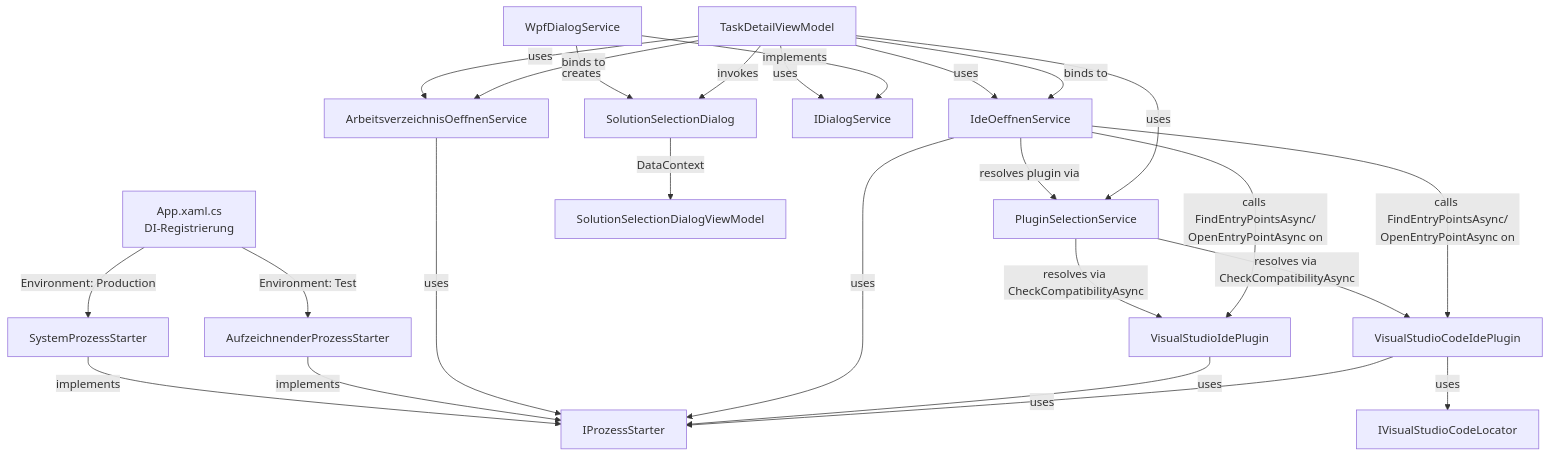
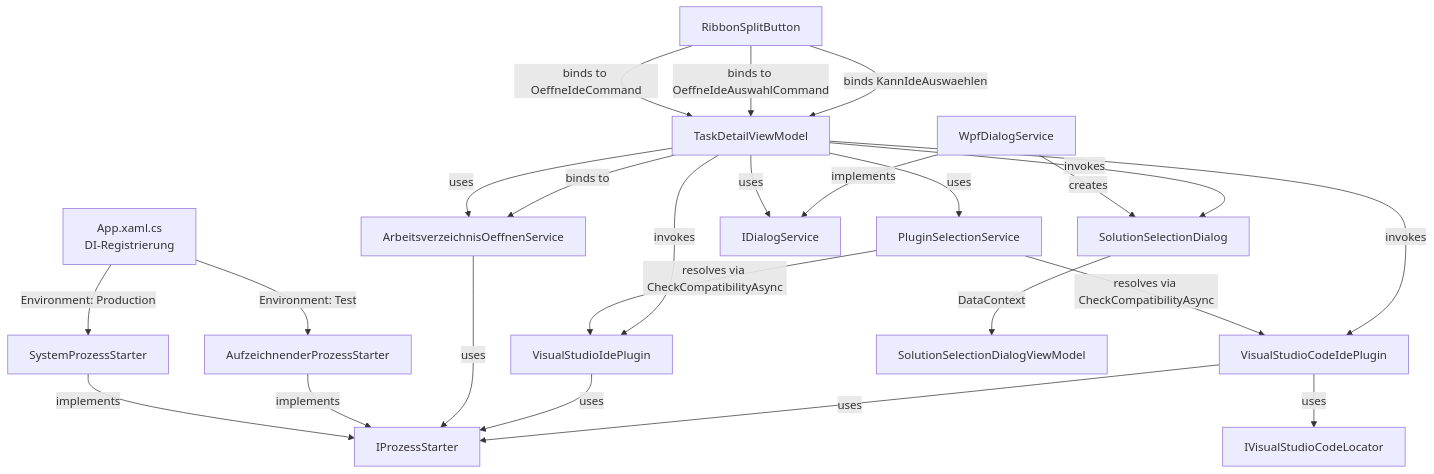
Before and after one commit to martin-stromberg/Softwareschmiede: the diagram in docs/help/dateisystem-integration/architektur.md, drawn with Mermaid. The commit also changed other lines of this file and 35 other files, not shown here.

First line of the commit message:
feat: IDE-Ribbon-Button als Split-Button mit Einstiegspunkt-Auswahl

````diff
--- a/docs/help/dateisystem-integration/architektur.md
+++ b/docs/help/dateisystem-integration/architektur.md
@@ -165,34 +190,34 @@
 ```mermaid
 graph TD
     A["App.xaml.cs<br/>DI-Registrierung"]
     A -->|Environment: Production| B["SystemProzessStarter"]
     A -->|Environment: Test| C["AufzeichnenderProzessStarter"]
     
     B -->|implements| D["IProzessStarter"]
     C -->|implements| D
     
     E["ArbeitsverzeichnisOeffnenService"] -->|uses| D
-    F["IdeOeffnenService"] -->|uses| D
     L["VisualStudioIdePlugin"] -->|uses| D
     M["VisualStudioCodeIdePlugin"] -->|uses| D
     M -->|uses| N["IVisualStudioCodeLocator"]
 
     P["PluginSelectionService"] -->|resolves via CheckCompatibilityAsync| L
     P -->|resolves via CheckCompatibilityAsync| M
-    F -->|resolves plugin via| P
-    F -->|calls FindEntryPointsAsync/<br/>OpenEntryPointAsync on| L
-    F -->|calls FindEntryPointsAsync/<br/>OpenEntryPointAsync on| M
 
     G["TaskDetailViewModel"] -->|uses| E
-    G -->|uses| F
     G -->|uses| P
+    G -->|invokes| L
+    G -->|invokes| M
     G -->|uses| H["IDialogService"]
     
     I["WpfDialogService"] -->|implements| H
     I -->|creates| J["SolutionSelectionDialog"]
     J -->|DataContext| K["SolutionSelectionDialogViewModel"]
     
     G -->|invokes| J
     G -->|binds to| E
-    G -->|binds to| F
+    
+    RB["RibbonSplitButton"] -->|binds to OeffneIdeCommand| G
+    RB -->|binds to OeffneIdeAuswahlCommand| G
+    RB -->|binds KannIdeAuswaehlen| G
 ```
````
